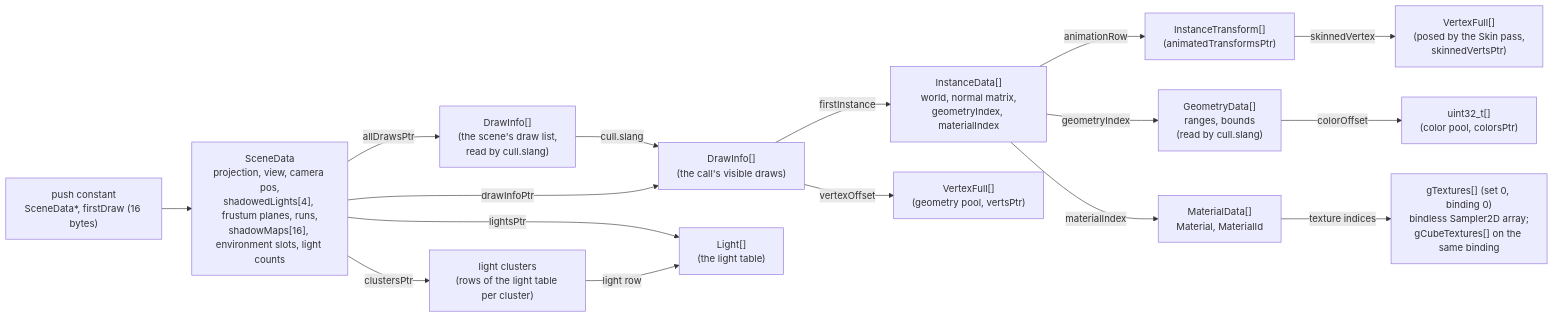
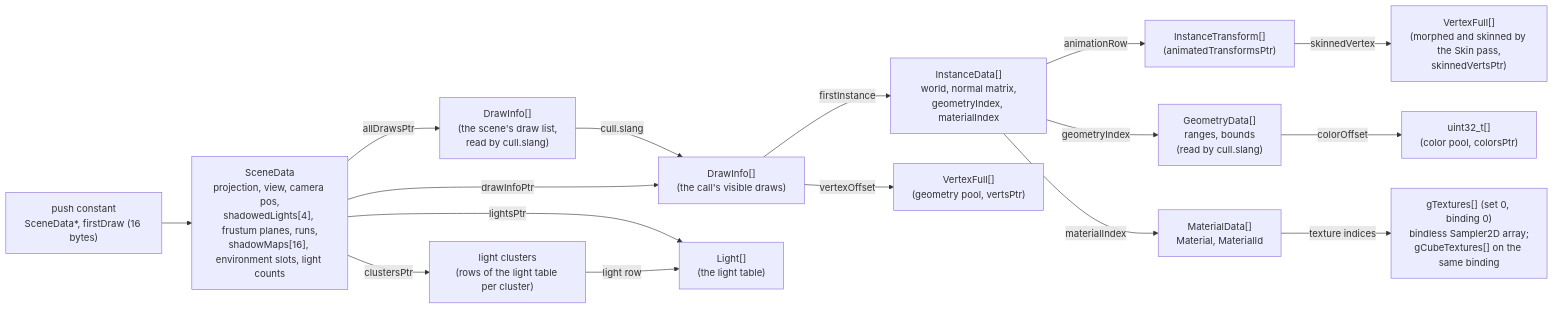
Before and after one commit to adel-elmala/rasm: the third of 3 diagrams in docs/architecture.md, drawn with Mermaid. The commit also changed other lines of this file and 55 other files, not shown here.

````diff
--- a/docs/architecture.md
+++ b/docs/architecture.md
@@ -407,18 +432,18 @@
 ```mermaid
 flowchart LR
     PC["push constant<br/>SceneData*, firstDraw (16 bytes)"] --> SD["SceneData<br/>projection, view, camera pos,<br/>shadowedLights[4], frustum planes, runs,<br/>shadowMaps[16], environment slots, light counts"]
     SD -- allDrawsPtr --> AD["DrawInfo[]<br/>(the scene's draw list,<br/>read by cull.slang)"]
     AD -- cull.slang --> DI
     SD -- drawInfoPtr --> DI["DrawInfo[]<br/>(the call's visible draws)"]
     DI -- firstInstance --> ID["InstanceData[]<br/>world, normal matrix,<br/>geometryIndex, materialIndex"]
     DI -- vertexOffset --> V["VertexFull[]<br/>(geometry pool, vertsPtr)"]
     GD -- colorOffset --> VC["uint32_t[]<br/>(color pool, colorsPtr)"]
     ID -- animationRow --> IT["InstanceTransform[]<br/>(animatedTransformsPtr)"]
-    IT -- skinnedVertex --> SV["VertexFull[]<br/>(posed by the Skin pass,<br/>skinnedVertsPtr)"]
+    IT -- skinnedVertex --> SV["VertexFull[]<br/>(morphed and skinned by the Skin pass,<br/>skinnedVertsPtr)"]
     ID -- geometryIndex --> GD["GeometryData[]<br/>ranges, bounds<br/>(read by cull.slang)"]
     SD -- lightsPtr --> LT["Light[]<br/>(the light table)"]
     SD -- clustersPtr --> CL["light clusters<br/>(rows of the light table per cluster)"]
     CL -- light row --> LT
     ID -- materialIndex --> MD["MaterialData[]<br/>Material, MaterialId"]
     MD -- texture indices --> T["gTextures[] (set 0, binding 0)<br/>bindless Sampler2D array;<br/>gCubeTextures[] on the same binding"]
 ```
````
